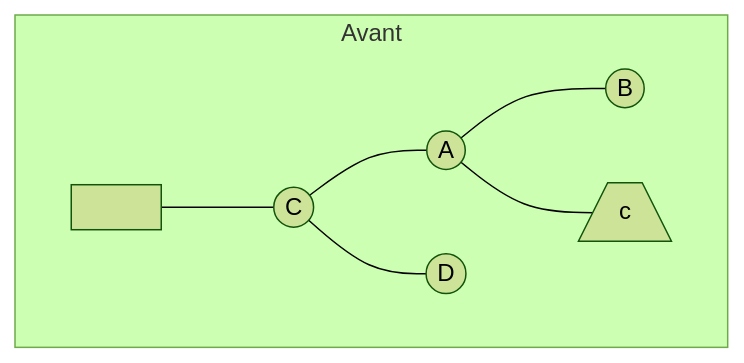
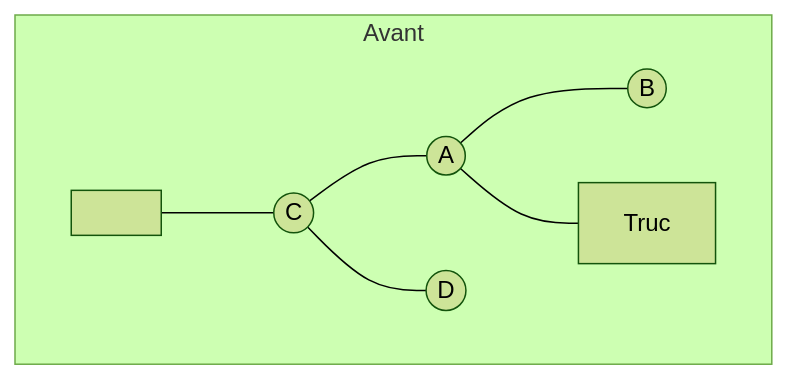
The diagram in cours/test.md (Kechidi/TP1), drawn with Mermaid (forest theme) before and after one commit.

````diff
--- a/cours/test.md
+++ b/cours/test.md
@@ -1,7 +1,7 @@
 ```mermaid
 flowchart TD
   subgraph 0[Avant]
     R1[" "] --- C1((C)) --- A1((A)) & D1((D))
-    A1 --- B1(("B")) & c1[/c\]
+    A1 --- B1(("B")) & Truc
   end
 ```
````
